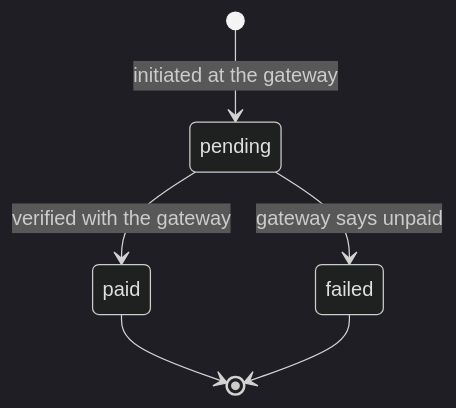
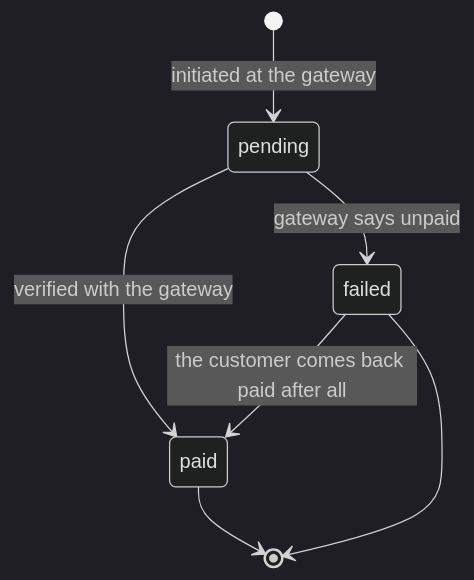
One commit to Soheyl-Khajian/Watcher-Store changed the fifth of 5 diagrams in docs/architecture.md. Above: the diagram before and after it, drawn with Mermaid (dark theme). The commit also changed other lines of this file and 3 other files, not shown here.

First line of the commit message:
docs: bring the README and architecture notes up to date

````diff
--- a/docs/architecture.md
+++ b/docs/architecture.md
@@ -142,8 +160,9 @@
 ```mermaid
 stateDiagram-v2
   [*] --> pending: initiated at the gateway
   pending --> paid: verified with the gateway
   pending --> failed: gateway says unpaid
+  failed --> paid: the customer comes back paid after all
   paid --> [*]
   failed --> [*]
 ```
````
